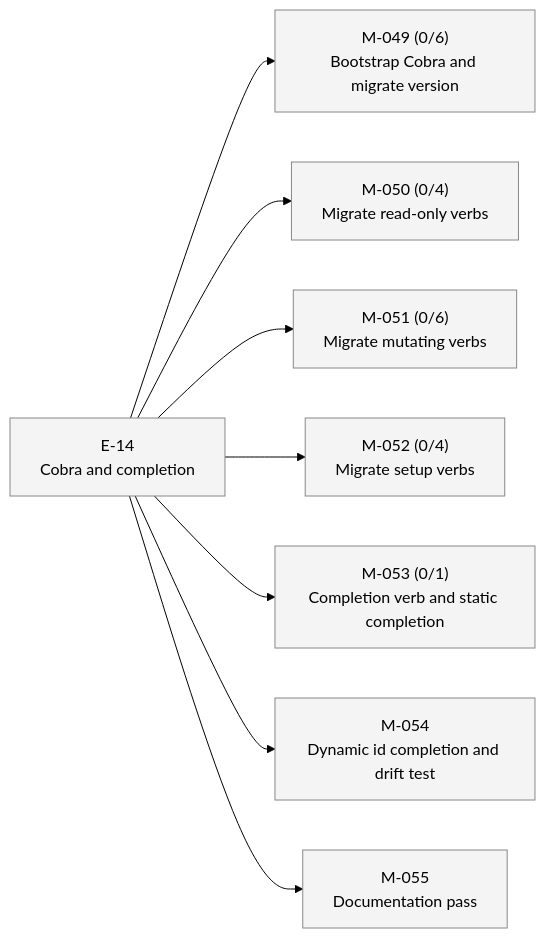
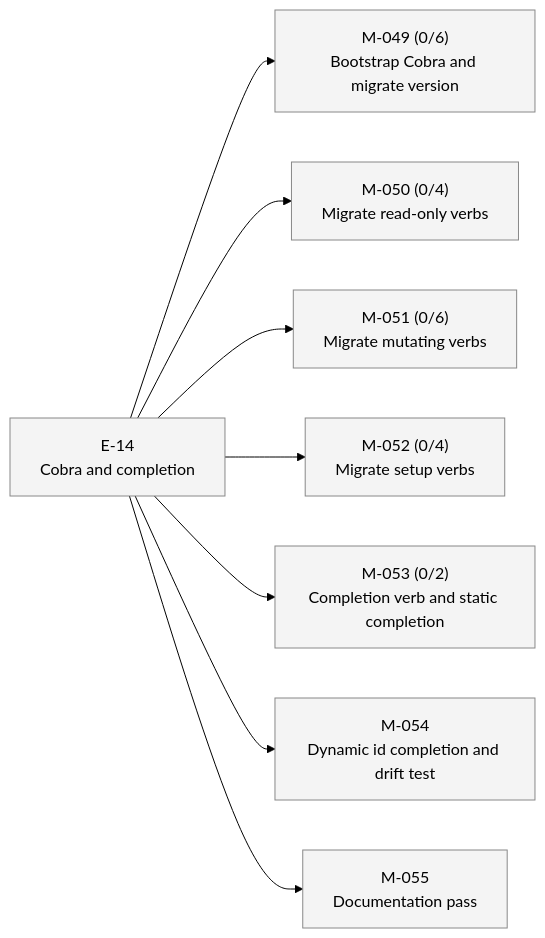
The second of 2 diagrams in STATUS.md (23min/aiwf), drawn with Mermaid (forest theme) before and after one commit. The commit also changed other lines of this file and 1 other file, not shown here.

````diff
--- a/STATUS.md
+++ b/STATUS.md
@@ -38,24 +38,24 @@
 ```mermaid
 flowchart LR
   E_14["E-14<br/>Cobra and completion"]:::epic_proposed
   M_049["M-049 (0/6)<br/>Bootstrap Cobra and migrate version"]:::ms_draft
   E_14 --> M_049
   M_050["M-050 (0/4)<br/>Migrate read-only verbs"]:::ms_draft
   E_14 --> M_050
   M_051["M-051 (0/6)<br/>Migrate mutating verbs"]:::ms_draft
   E_14 --> M_051
   M_052["M-052 (0/4)<br/>Migrate setup verbs"]:::ms_draft
   E_14 --> M_052
-  M_053["M-053 (0/1)<br/>Completion verb and static completion"]:::ms_draft
+  M_053["M-053 (0/2)<br/>Completion verb and static completion"]:::ms_draft
   E_14 --> M_053
   M_054["M-054<br/>Dynamic id completion and drift test"]:::ms_draft
   E_14 --> M_054
   M_055["M-055<br/>Documentation pass"]:::ms_draft
   E_14 --> M_055
   classDef epic_active fill:#d6eaff,stroke:#1a73e8,color:#000
   classDef epic_proposed fill:#f4f4f4,stroke:#888,color:#000
   classDef ms_done fill:#d8f5d8,stroke:#2a8a2a,color:#000
   classDef ms_in_progress fill:#fff3c4,stroke:#caa400,color:#000
   classDef ms_draft fill:#f4f4f4,stroke:#888,color:#000
   classDef ms_cancelled fill:#fbeaea,stroke:#c33,color:#000
 ```
````
